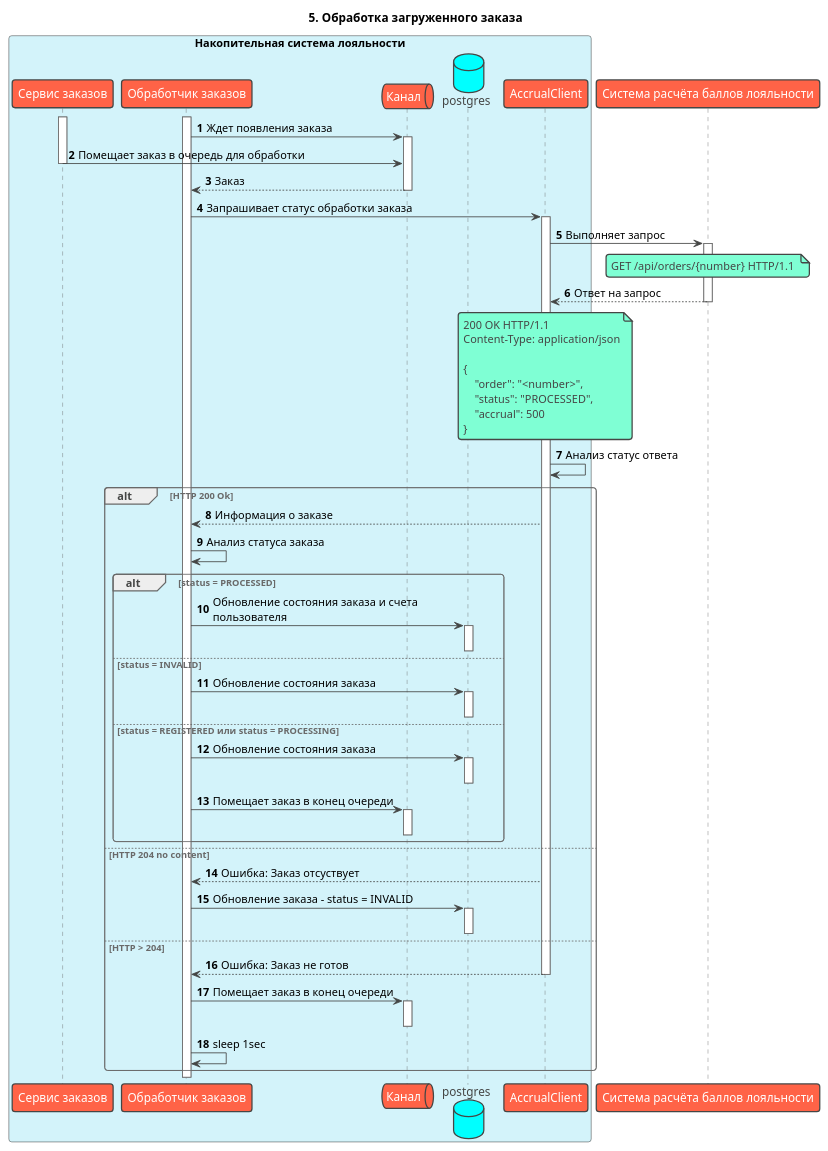
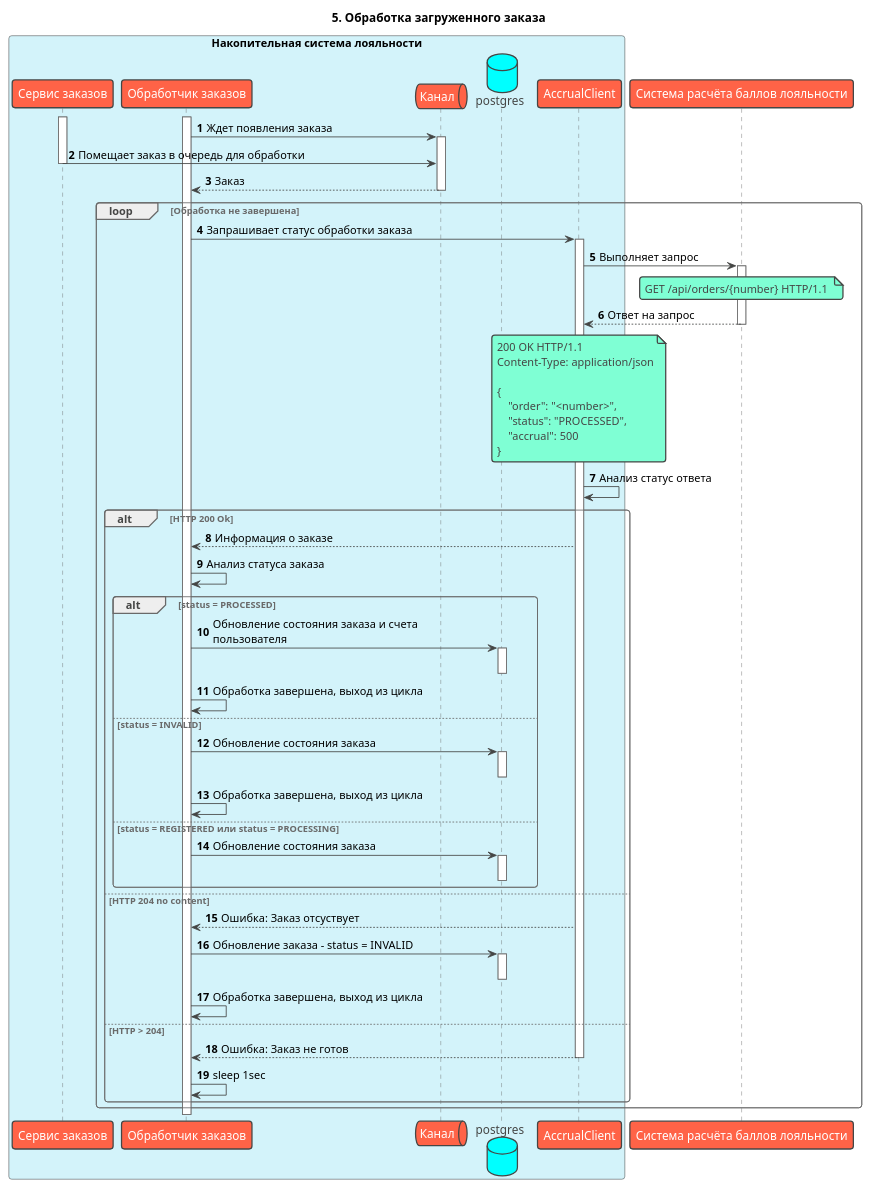
The diagram in docs/c4/4_code/5_processing_order.puml (Nickolasll/gomart), drawn with PlantUML before and after one commit. The commit also changed 3 other files, not shown here.

```diff
--- a/docs/c4/4_code/5_processing_order.puml
+++ b/docs/c4/4_code/5_processing_order.puml
@@ -1,67 +1,68 @@
 @startuml
 !theme vibrant
 title: 5. Обработка загруженного заказа
 skinparam maxMessageSize 300
 autonumber
 
 box "Накопительная система лояльности" #d3f3fa
 participant "Сервис заказов" as order
 participant "Обработчик заказов" as worker
 queue "Канал" as queue
 database "postgres" as db
 participant "AccrualClient" as accrual_client
 end box
 
 participant "Система расчёта баллов лояльности" as accrual
 
 activate order
 activate worker
 worker -> queue ++ : Ждет появления заказа
 order -> queue: Помещает заказ в очередь для обработки
 deactivate order
 queue --> worker: Заказ
 deactivate queue
-worker -> accrual_client ++ : Запрашивает статус обработки заказа
-accrual_client -> accrual ++ : Выполняет запрос
-note over accrual
-    GET /api/orders/{number} HTTP/1.1 
-end note
-return Ответ на запрос
-note over accrual_client
-  200 OK HTTP/1.1
-  Content-Type: application/json
-  
-  {
-      "order": "<number>",
-      "status": "PROCESSED",
-      "accrual": 500
-  }
-end note   
-accrual_client -> accrual_client: Анализ статус ответа
-alt HTTP 200 Ok
-    accrual_client --> worker : Информация о заказе
-    worker -> worker: Анализ статуса заказа
-    alt status = PROCESSED
-        worker -> db ++ : Обновление состояния заказа и счета пользователя
+loop Обработка не завершена
+    worker -> accrual_client ++ : Запрашивает статус обработки заказа
+    accrual_client -> accrual ++ : Выполняет запрос
+    note over accrual
+        GET /api/orders/{number} HTTP/1.1 
+    end note
+    return Ответ на запрос
+    note over accrual_client
+    200 OK HTTP/1.1
+    Content-Type: application/json
+    
+    {
+        "order": "<number>",
+        "status": "PROCESSED",
+        "accrual": 500
+    }
+    end note   
+    accrual_client -> accrual_client: Анализ статус ответа
+    alt HTTP 200 Ok
+        accrual_client --> worker : Информация о заказе
+        worker -> worker: Анализ статуса заказа
+        alt status = PROCESSED
+            worker -> db ++ : Обновление состояния заказа и счета пользователя
+            deactivate db
+            worker -> worker: Обработка завершена, выход из цикла
+        else status = INVALID
+            worker -> db ++ : Обновление состояния заказа
+            deactivate db
+            worker -> worker: Обработка завершена, выход из цикла
+        else status = REGISTERED или status = PROCESSING
+            worker -> db ++ : Обновление состояния заказа
+            deactivate db
+        end
+    else HTTP 204 no content
+        accrual_client --> worker : Ошибка: Заказ отсуствует
+        worker -> db ++ : Обновление заказа - status = INVALID
         deactivate db
-    else status = INVALID
-        worker -> db ++ : Обновление состояния заказа
-        deactivate db
-    else status = REGISTERED или status = PROCESSING
-        worker -> db ++ : Обновление состояния заказа
-        deactivate db
-        worker -> queue ++ : Помещает заказ в конец очереди
-        deactivate queue
+        worker -> worker: Обработка завершена, выход из цикла
+    else HTTP > 204
+        accrual_client --> worker : Ошибка: Заказ не готов
+        deactivate accrual_client
+        worker -> worker: sleep 1sec
     end
-else HTTP 204 no content
-    accrual_client --> worker : Ошибка: Заказ отсуствует
-    worker -> db ++ : Обновление заказа - status = INVALID
-    deactivate db
-else HTTP > 204
-    accrual_client --> worker : Ошибка: Заказ не готов
-    deactivate accrual_client
-    worker -> queue ++ : Помещает заказ в конец очереди
-    deactivate queue
-    worker -> worker: sleep 1sec
-end
+end loop
 @enduml
```
